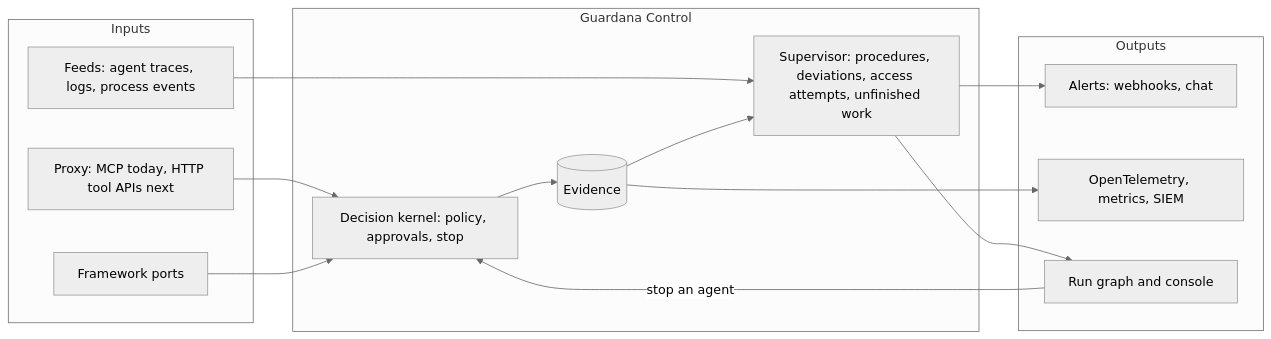
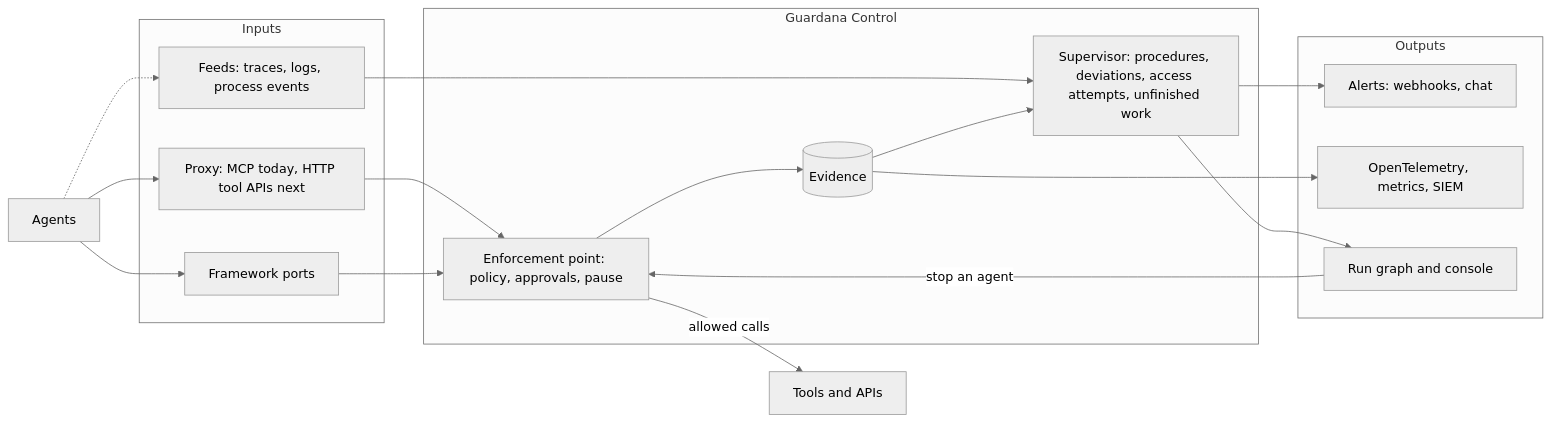
The second of 2 diagrams in README.md (guardana/control), drawn with Mermaid (neutral theme) before and after one commit. The commit also changed other lines of this file and 2 other files, not shown here.

````diff
--- a/README.md
+++ b/README.md
@@ -74,27 +86,33 @@
 ```mermaid
 flowchart LR
+    AG[Agents]
     subgraph IN[Inputs]
         PX["Proxy: MCP today, HTTP tool APIs next"]
         PT[Framework ports]
-        FD["Feeds: agent traces, logs, process events"]
+        FD["Feeds: traces, logs, process events"]
     end
     subgraph CTL[Guardana Control]
-        DK["Decision kernel: policy, approvals, stop"]
+        PEP["Enforcement point: policy, approvals, pause"]
         SV["Supervisor: procedures, deviations, access attempts, unfinished work"]
         EV[(Evidence)]
     end
     subgraph OUT[Outputs]
         AL["Alerts: webhooks, chat"]
         EX["OpenTelemetry, metrics, SIEM"]
         GR[Run graph and console]
     end
-    PX --> DK
-    PT --> DK
+    TL[Tools and APIs]
+    AG --> PX
+    AG --> PT
+    AG -.-> FD
+    PX --> PEP
+    PT --> PEP
+    PEP -->|allowed calls| TL
     FD --> SV
-    DK --> EV
+    PEP --> EV
     EV --> SV
     SV --> AL
     EV --> EX
     SV --> GR
-    GR -->|stop an agent| DK
+    GR -->|stop an agent| PEP
 ```
````
